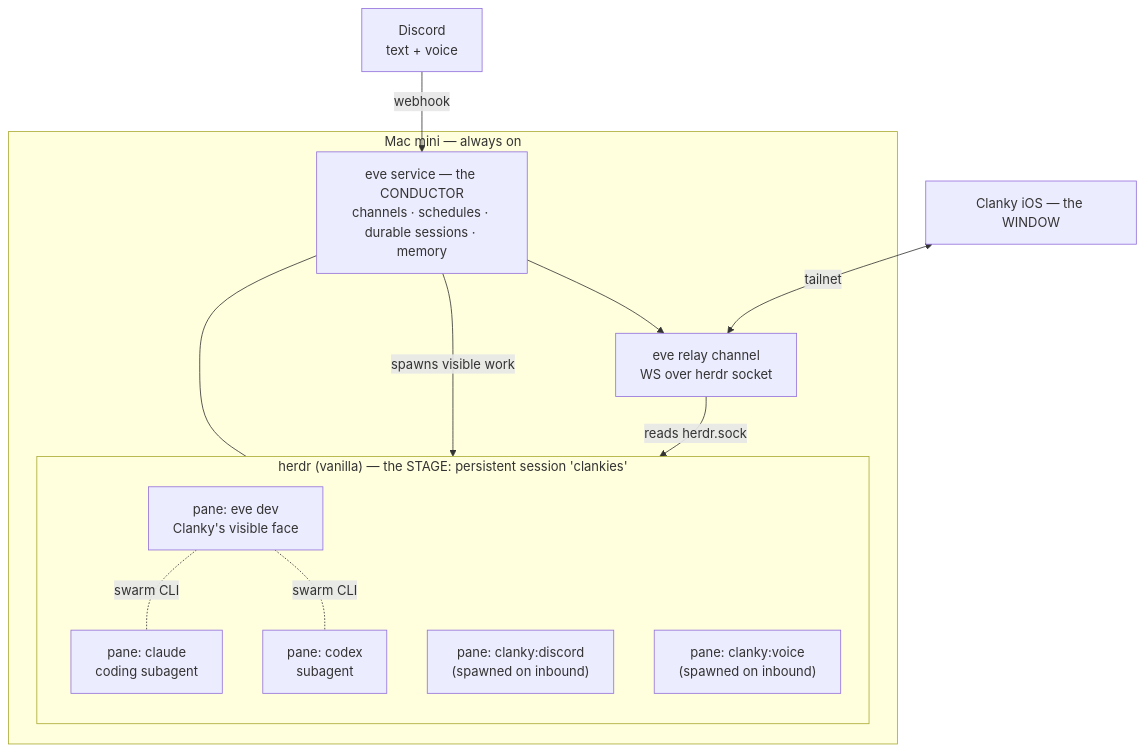
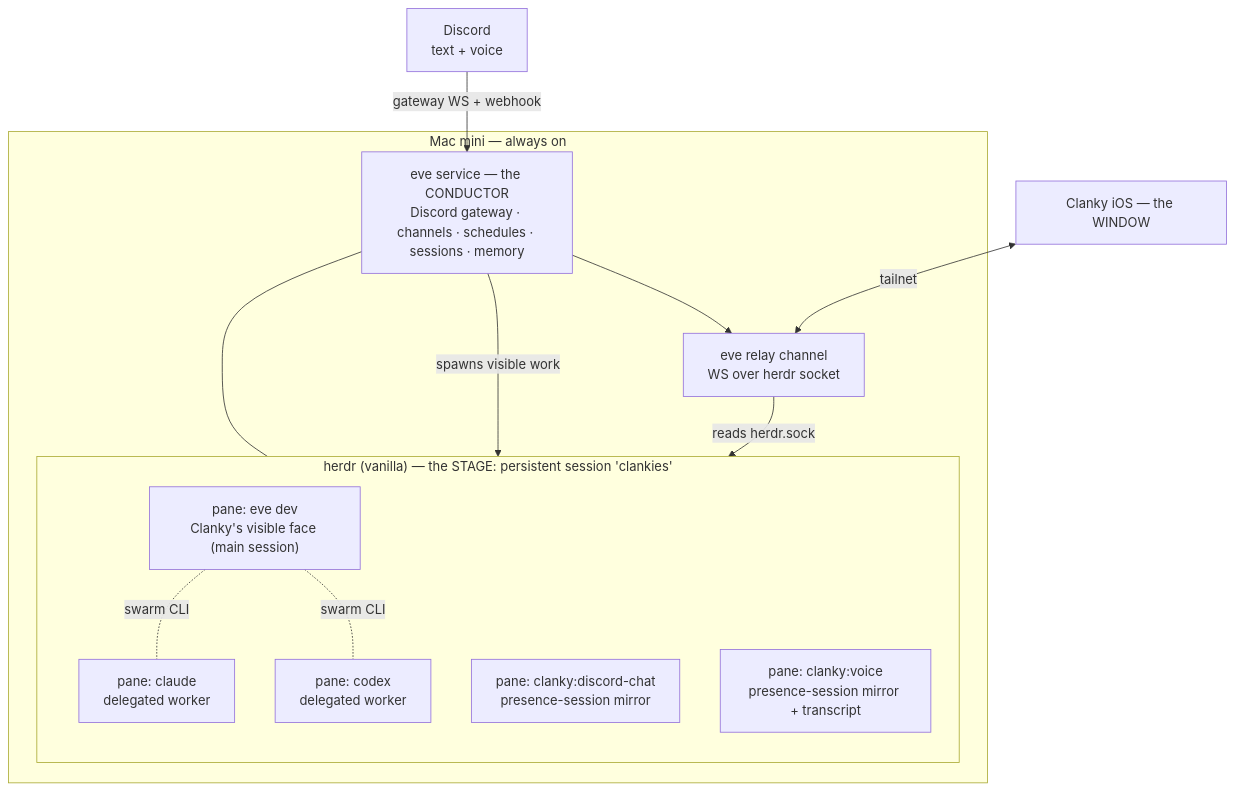
Before and after one commit to Volpestyle/clanky: the first of 3 diagrams in SPEC.md, drawn with Mermaid. The commit also changed other lines of this file and 15 other files, not shown here.

````diff
--- a/SPEC.md
+++ b/SPEC.md
@@ -65,28 +65,28 @@
 ```mermaid
 flowchart TB
   subgraph mac["Mac mini — always on"]
     subgraph herdr["herdr (vanilla) — the STAGE: persistent session 'clankies'"]
       direction TB
-      face["pane: eve dev<br/>Clanky's visible face"]
-      disc["pane: clanky:discord<br/>(spawned on inbound)"]
-      voice["pane: clanky:voice<br/>(spawned on inbound)"]
-      w1["pane: claude<br/>coding subagent"]
-      w2["pane: codex<br/>subagent"]
+      face["pane: eve dev<br/>Clanky's visible face (main session)"]
+      disc["pane: clanky:discord-chat<br/>presence-session mirror"]
+      voice["pane: clanky:voice<br/>presence-session mirror + transcript"]
+      w1["pane: claude<br/>delegated worker"]
+      w2["pane: codex<br/>delegated worker"]
     end
-    eve["eve service — the CONDUCTOR<br/>channels · schedules · durable sessions · memory"]
+    eve["eve service — the CONDUCTOR<br/>Discord gateway · channels · schedules · sessions · memory"]
     relay["eve relay channel<br/>WS over herdr socket"]
   end
 
   phone["Clanky iOS — the WINDOW"]
   discord["Discord<br/>text + voice"]
 
-  discord -->|webhook| eve
+  discord -->|gateway WS + webhook| eve
   eve -->|spawns visible work| herdr
   eve --- face
   eve --> relay
   relay -->|reads herdr.sock| herdr
   phone <-->|tailnet| relay
 
   face -. swarm CLI .- w1
   face -. swarm CLI .- w2
 ```
````
